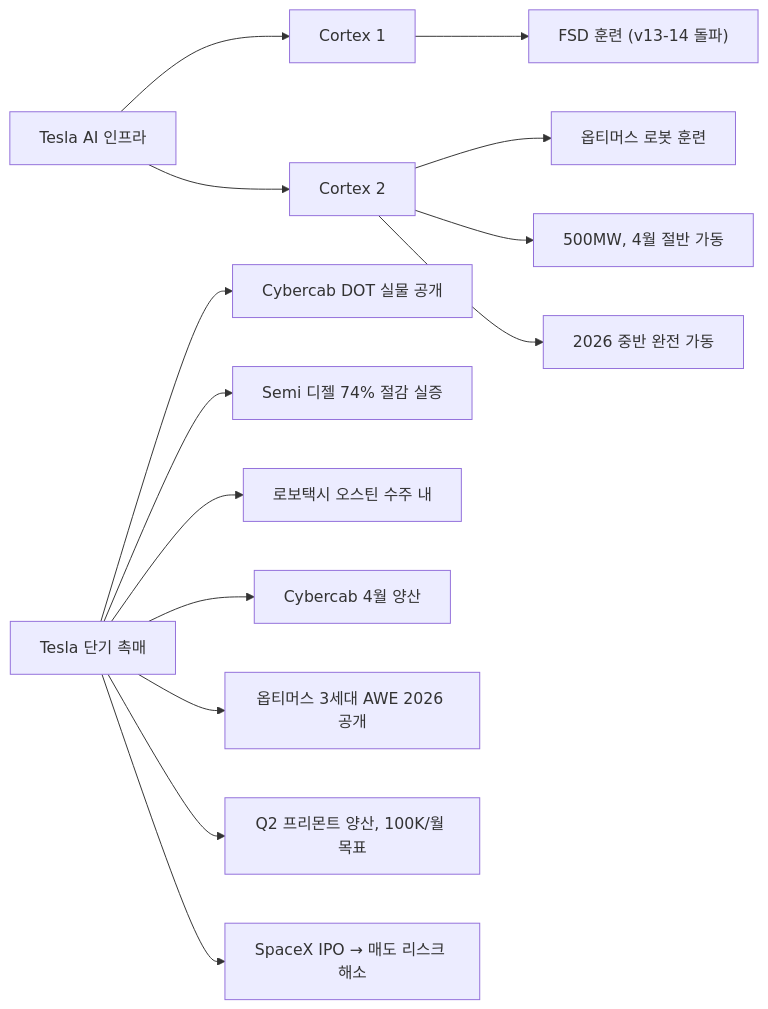
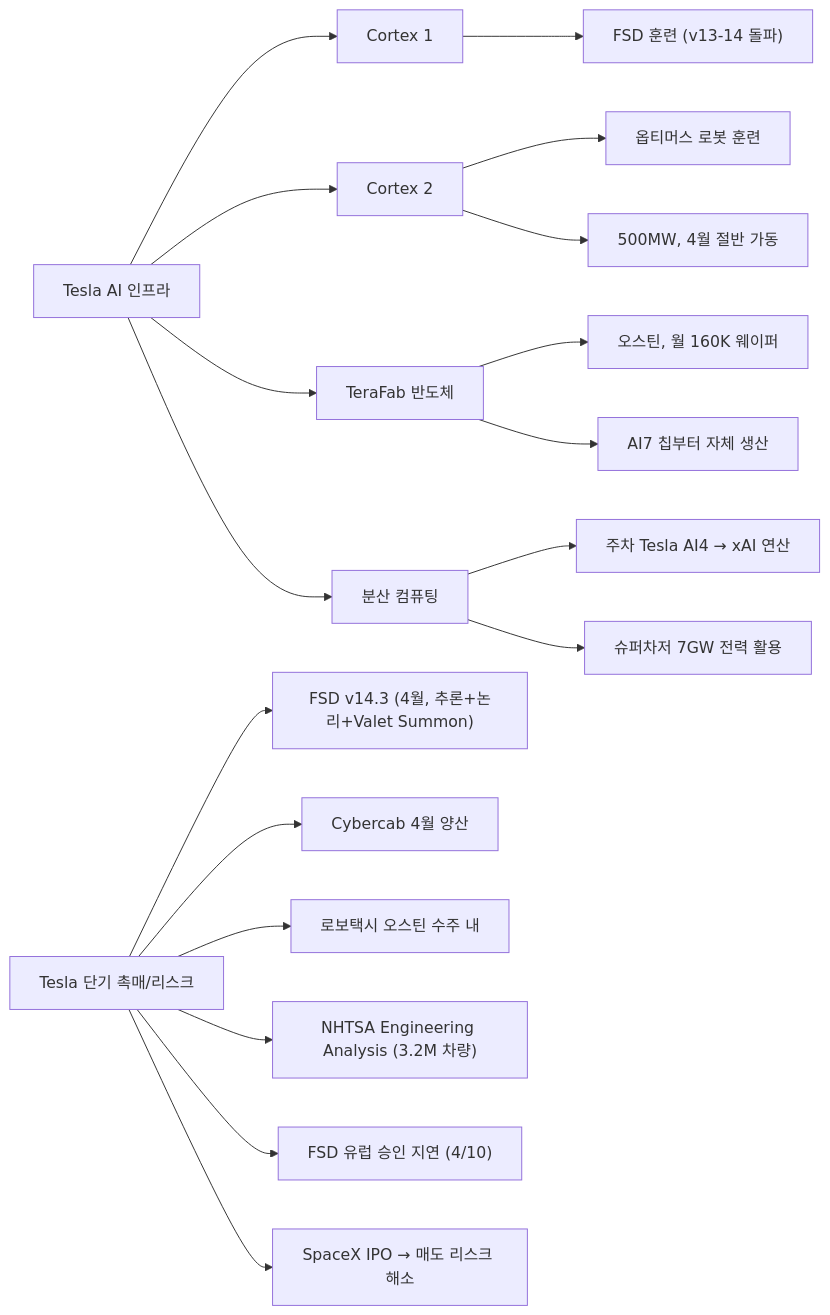
One commit to dss99911/dss99911.github.io changed the first of 5 diagrams in _posts/knowledge/invest/2026-01-21-automotive-robotics-sector-outlook-2026.md. Above: the diagram before and after it, drawn with Mermaid. The commit also changed other lines of this file and 5 other files, not shown here.

````diff
--- a/_posts/knowledge/invest/2026-01-21-automotive-robotics-sector-outlook-2026.md
+++ b/_posts/knowledge/invest/2026-01-21-automotive-robotics-sector-outlook-2026.md
@@ -37,18 +36,22 @@
 ```mermaid
 graph LR
     A["Tesla AI 인프라"] --> B["Cortex 1"]
     A --> C["Cortex 2"]
+    A --> T["TeraFab 반도체"]
+    A --> DC["분산 컴퓨팅"]
 
     B --> D["FSD 훈련 (v13-14 돌파)"]
     C --> E["옵티머스 로봇 훈련"]
     C --> F["500MW, 4월 절반 가동"]
-    C --> G["2026 중반 완전 가동"]
+    T --> T1["오스틴, 월 160K 웨이퍼"]
+    T --> T2["AI7 칩부터 자체 생산"]
+    DC --> DC1["주차 Tesla AI4 → xAI 연산"]
+    DC --> DC2["슈퍼차저 7GW 전력 활용"]
 
-    H["Tesla 단기 촉매"] --> I["Cybercab DOT 실물 공개"]
-    H --> J["Semi 디젤 74% 절감 실증"]
+    H["Tesla 단기 촉매/리스크"] --> I["FSD v14.3 (4월, 추론+논리+Valet Summon)"]
+    H --> J["Cybercab 4월 양산"]
     H --> K["로보택시 오스틴 수주 내"]
-    H --> L["Cybercab 4월 양산"]
-    H --> M["옵티머스 3세대 AWE 2026 공개"]
-    H --> M2["Q2 프리몬트 양산, 100K/월 목표"]
+    H --> L["NHTSA Engineering Analysis (3.2M 차량)"]
+    H --> M["FSD 유럽 승인 지연 (4/10)"]
     H --> N["SpaceX IPO → 매도 리스크 해소"]
 ```
````
